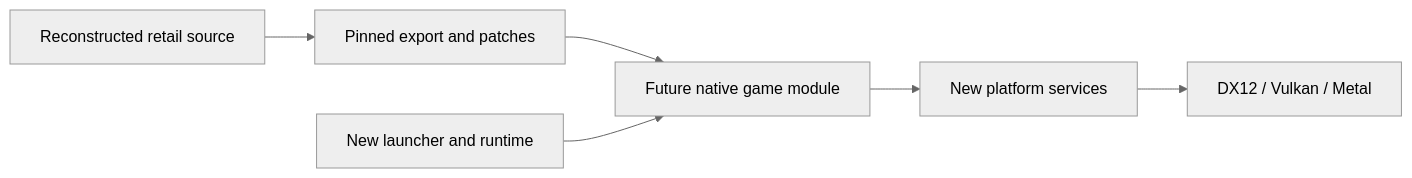
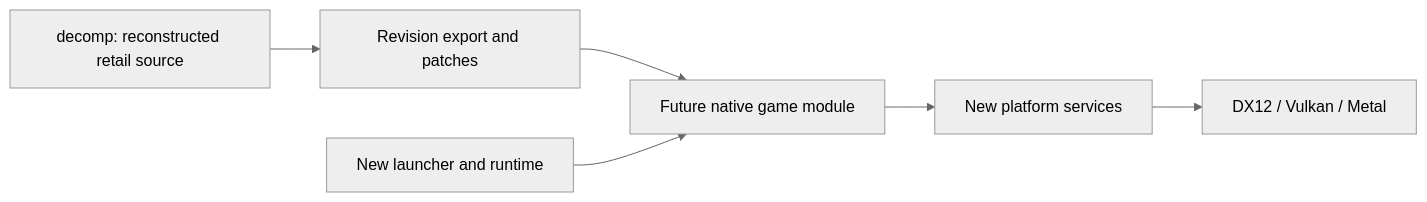
One commit to yannicksuter/beachlife-recomp changed the diagram in docs/ARCHITECTURE.md. Above: the diagram before and after it, drawn with Mermaid (neutral theme). The commit also changed other lines of this file and 11 other files, not shown here.

````diff
--- a/docs/ARCHITECTURE.md
+++ b/docs/ARCHITECTURE.md
@@ -8,8 +8,8 @@
 ```mermaid
 flowchart LR
-    decomp[Reconstructed retail source] --> pin[Pinned export and patches]
+    decomp[decomp: reconstructed retail source] --> pin[Revision export and patches]
     pin --> game[Future native game module]
     launcher[New launcher and runtime] --> game
     game --> platform[New platform services]
     platform --> gpu[DX12 / Vulkan / Metal]
 ```
````
